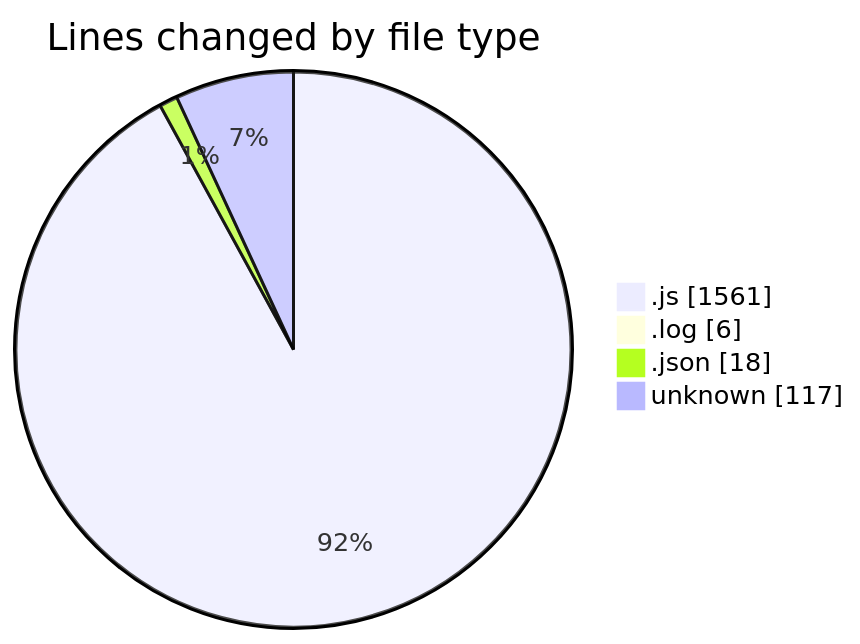
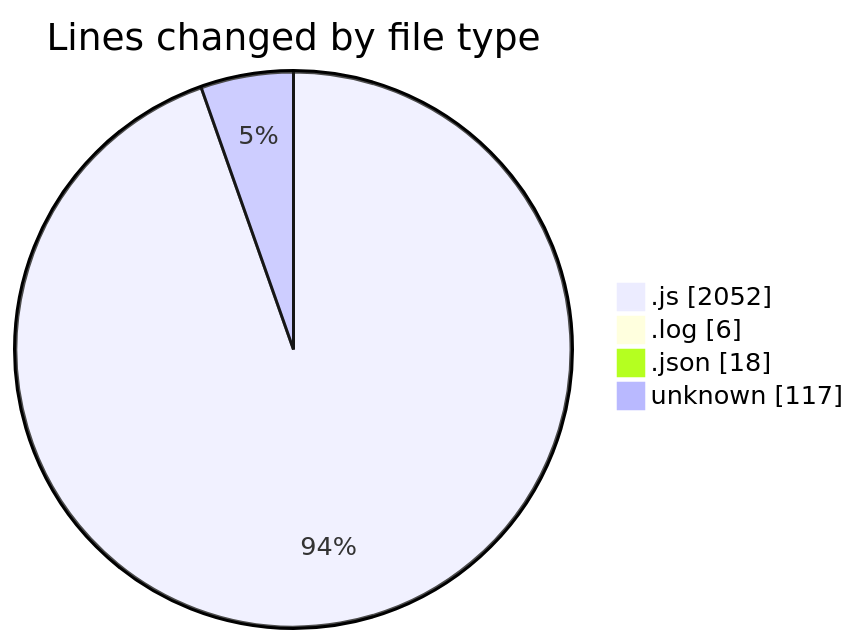
Before and after one commit to BS-eng2023/code-tracking: the first of 2 diagrams in 2025-03-31/jsvms/README.md, drawn with Mermaid. The commit also changed other lines of this file and 1 other file, not shown here.

````diff
--- a/2025-03-31/jsvms/README.md
+++ b/2025-03-31/jsvms/README.md
@@ -39,8 +43,8 @@
 ```mermaid
 pie showData
 title Lines changed by file type
-".js" : 1561
+".js" : 2052
 ".log" : 6
 ".json" : 18
 "unknown" : 117
 ```
````
